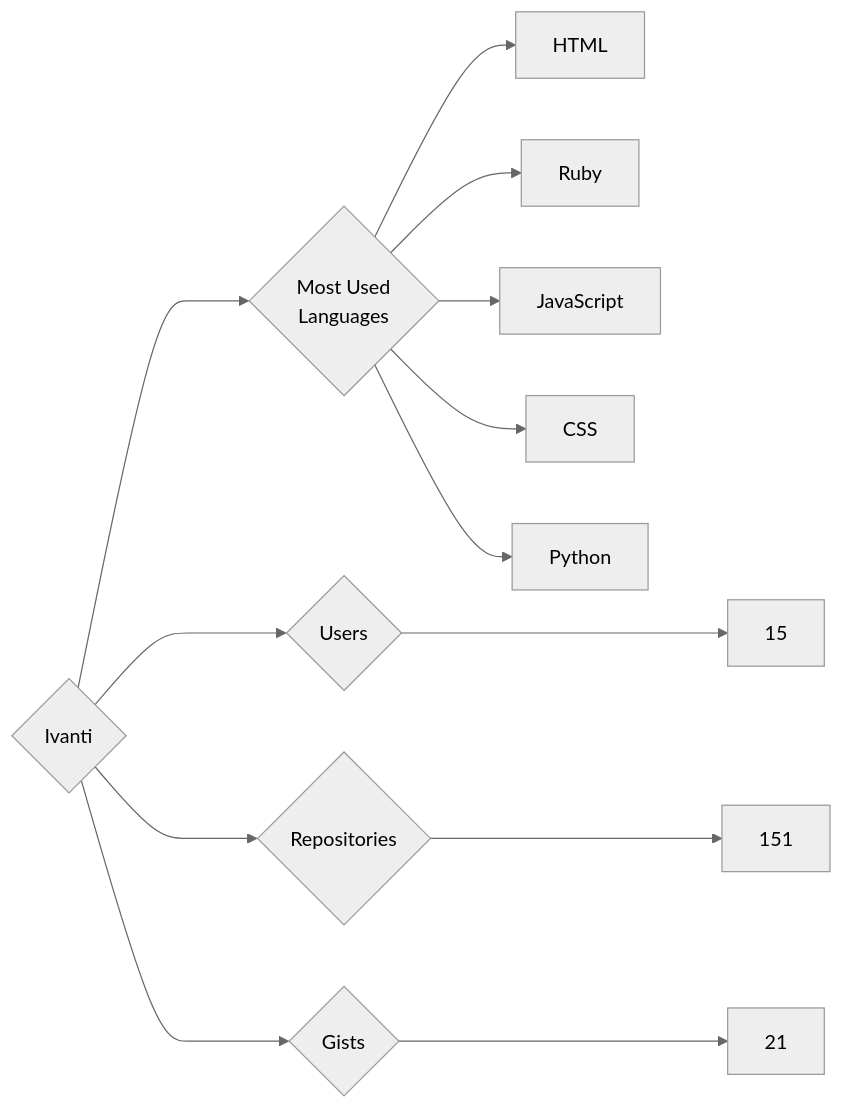
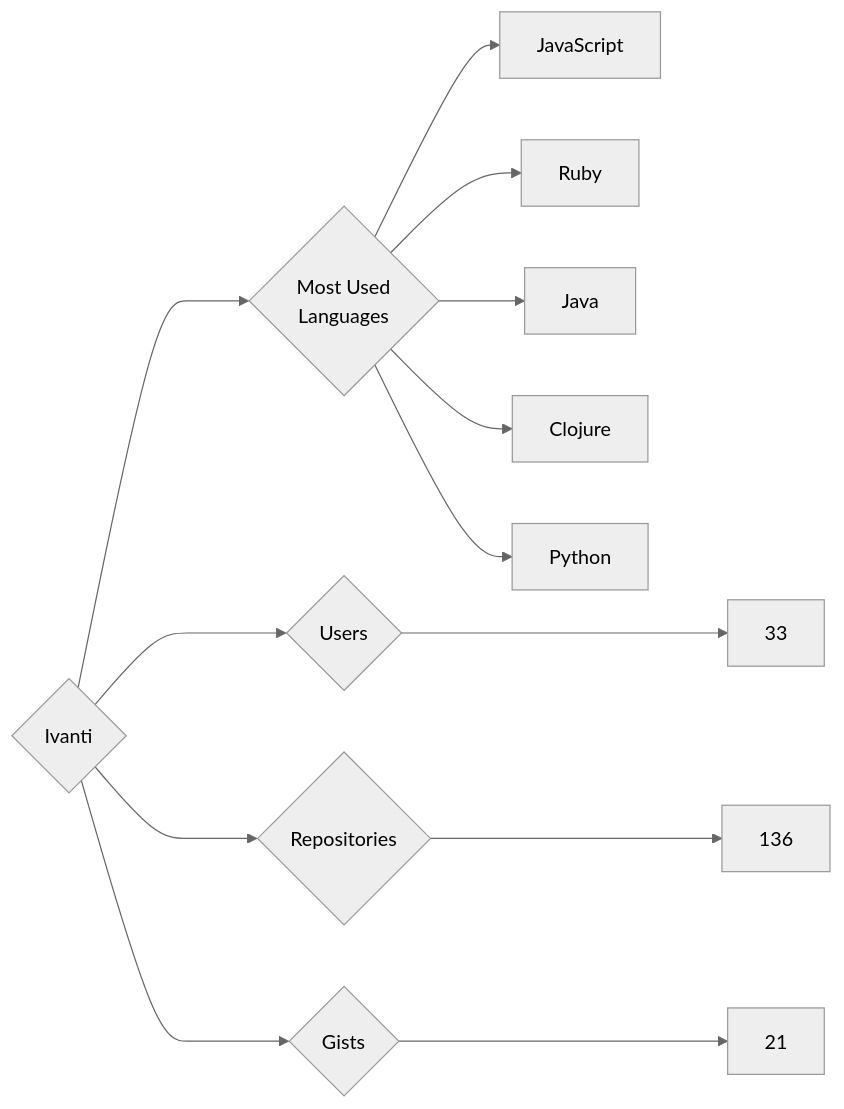
Before and after one commit to trickest/insiders: the diagram in targets/Ivanti/README.md, drawn with Mermaid (neutral theme). The commit also changed 681 other files, not shown here.

````diff
--- a/targets/Ivanti/README.md
+++ b/targets/Ivanti/README.md
@@ -3,13 +3,13 @@
 ```mermaid
 graph LR
 COMPANY_NAME{Ivanti}
-COMPANY_NAME ---> U{Users} ---> UN[15]
-COMPANY_NAME ---> R{Repositories} ---> RN[151]
+COMPANY_NAME ---> U{Users} ---> UN[33]
+COMPANY_NAME ---> R{Repositories} ---> RN[136]
 COMPANY_NAME ---> G{Gists} ---> GN[21]
 COMPANY_NAME ---> ML{Most Used<br>Languages}
-ML --> HTML[HTML]
+ML --> JavaScript[JavaScript]
 ML --> Ruby[Ruby]
-ML --> JavaScript[JavaScript]
-ML --> CSS[CSS]
+ML --> Java[Java]
+ML --> Clojure[Clojure]
 ML --> Python[Python]
 ```
````
